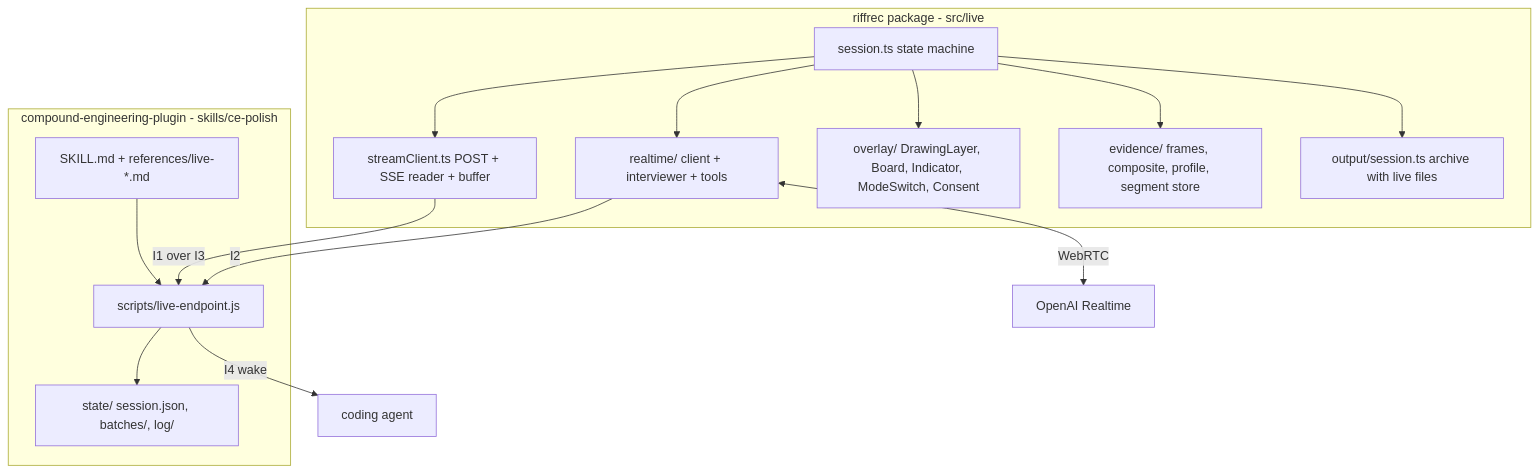
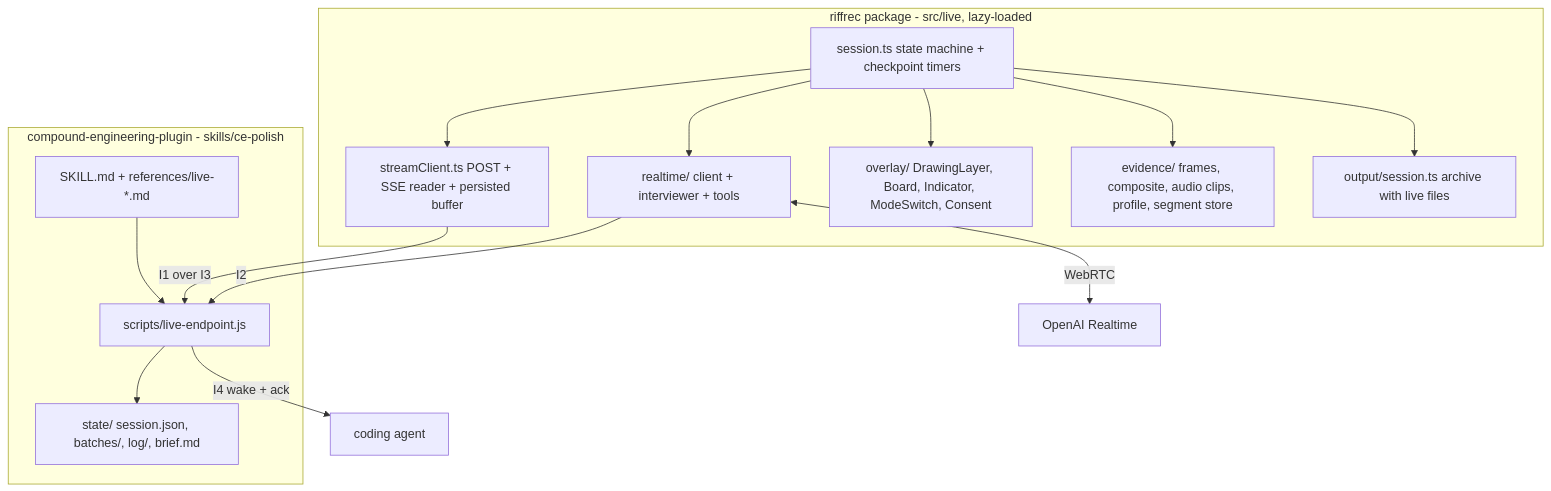
One commit to kieranklaassen/riffrec changed the third of 5 diagrams in docs/plans/2026-09-15-001-feat-live-voice-mode-plan.md. Above: the diagram before and after it, drawn with Mermaid. The commit also changed other lines of this file, not shown here.

First line of the commit message:
docs(plan): integrate deepening and non-interactive doc review into live voice mode plan

````diff
--- a/docs/plans/2026-09-15-001-feat-live-voice-mode-plan.md
+++ b/docs/plans/2026-09-15-001-feat-live-voice-mode-plan.md
@@ -342,18 +344,18 @@
 ```mermaid
 flowchart TB
-  subgraph riffrec[riffrec package - src/live]
-    S[session.ts state machine] --> SC[streamClient.ts POST + SSE reader + buffer]
+  subgraph riffrec[riffrec package - src/live, lazy-loaded]
+    S[session.ts state machine + checkpoint timers] --> SC[streamClient.ts POST + SSE reader + persisted buffer]
     S --> RT[realtime/ client + interviewer + tools]
     S --> OV[overlay/ DrawingLayer, Board, Indicator, ModeSwitch, Consent]
-    S --> EV[evidence/ frames, composite, profile, segment store]
+    S --> EV[evidence/ frames, composite, audio clips, profile, segment store]
     S --> AR[output/session.ts archive with live files]
   end
   subgraph polish[compound-engineering-plugin - skills/ce-polish]
-    EP[scripts/live-endpoint.js] --> ST[state/ session.json, batches/, log/]
+    EP[scripts/live-endpoint.js] --> ST[state/ session.json, batches/, log/, brief.md]
     PR[SKILL.md + references/live-*.md] --> EP
   end
   SC -->|I1 over I3| EP
   RT -->|I2| EP
-  EP -->|I4 wake| AG[coding agent]
+  EP -->|I4 wake + ack| AG[coding agent]
   RT <-->|WebRTC| OAI[OpenAI Realtime]
 ```
````
